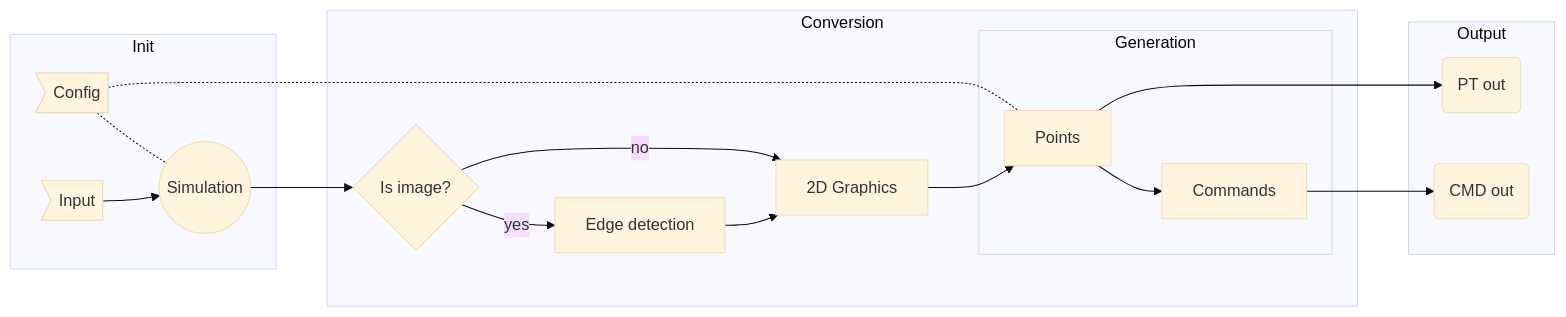
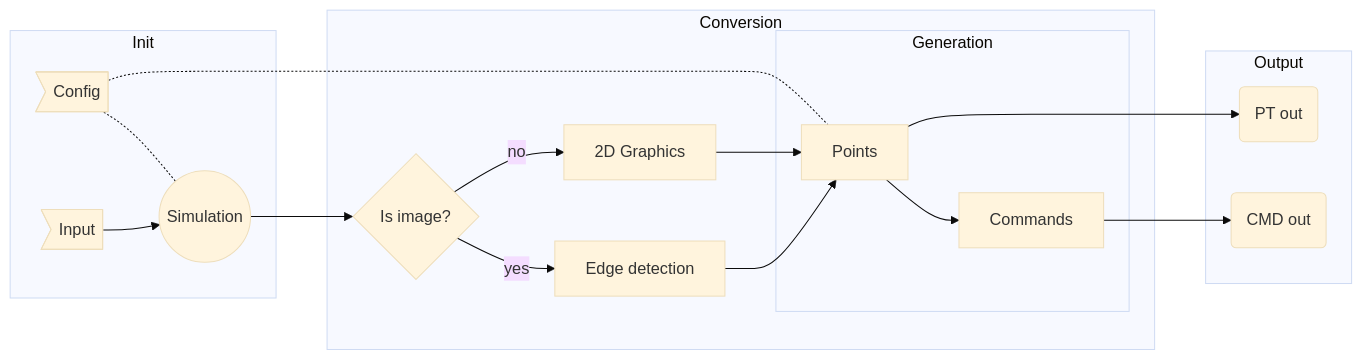
Before and after one commit to GaussianWonder/image_to_cnc: the first of 2 diagrams in README.md, drawn with Mermaid (base theme). The commit also changed other lines of this file and 2 other files, not shown here.

````diff
--- a/README.md
+++ b/README.md
@@ -215,39 +217,39 @@
 ```mermaid
 flowchart LR
   subgraph Init
     config>Config];
     input>Input];
     simulation((Simulation));
   end
 
   subgraph Conversion
     inputif{Is image?};
     edge[Edge detection];
     graphics[2D Graphics];
 
     subgraph Generation
       points[Points];
       commands[Commands];
     end
   end
 
   subgraph Output
     points_out(PT out);
     commands_out(CMD out);
   end
 
   config -.- simulation;
   input --> simulation;
 
   simulation --> inputif;
   inputif -->|yes|edge;
   inputif -->|no|graphics;
-  edge --> graphics;
+  edge --> points;
   graphics -->points;
 
   config -.- points;
   points --> commands;
 
   points --> points_out;
   commands --> commands_out;
 ```
````
